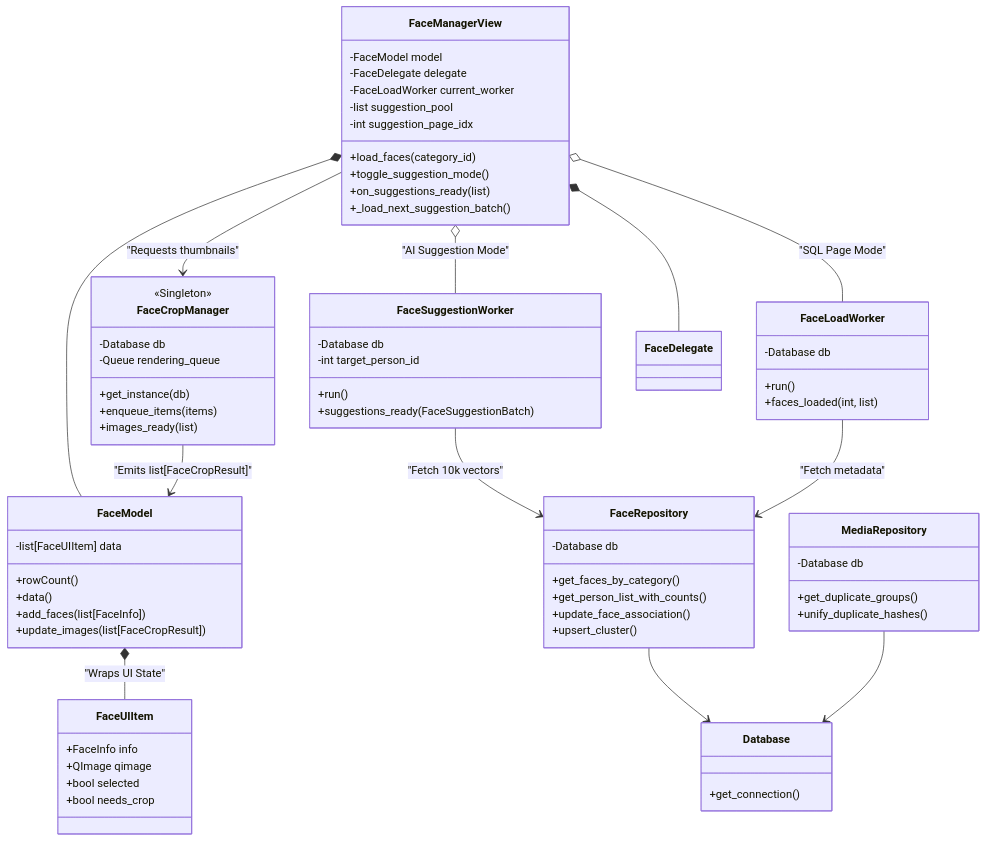
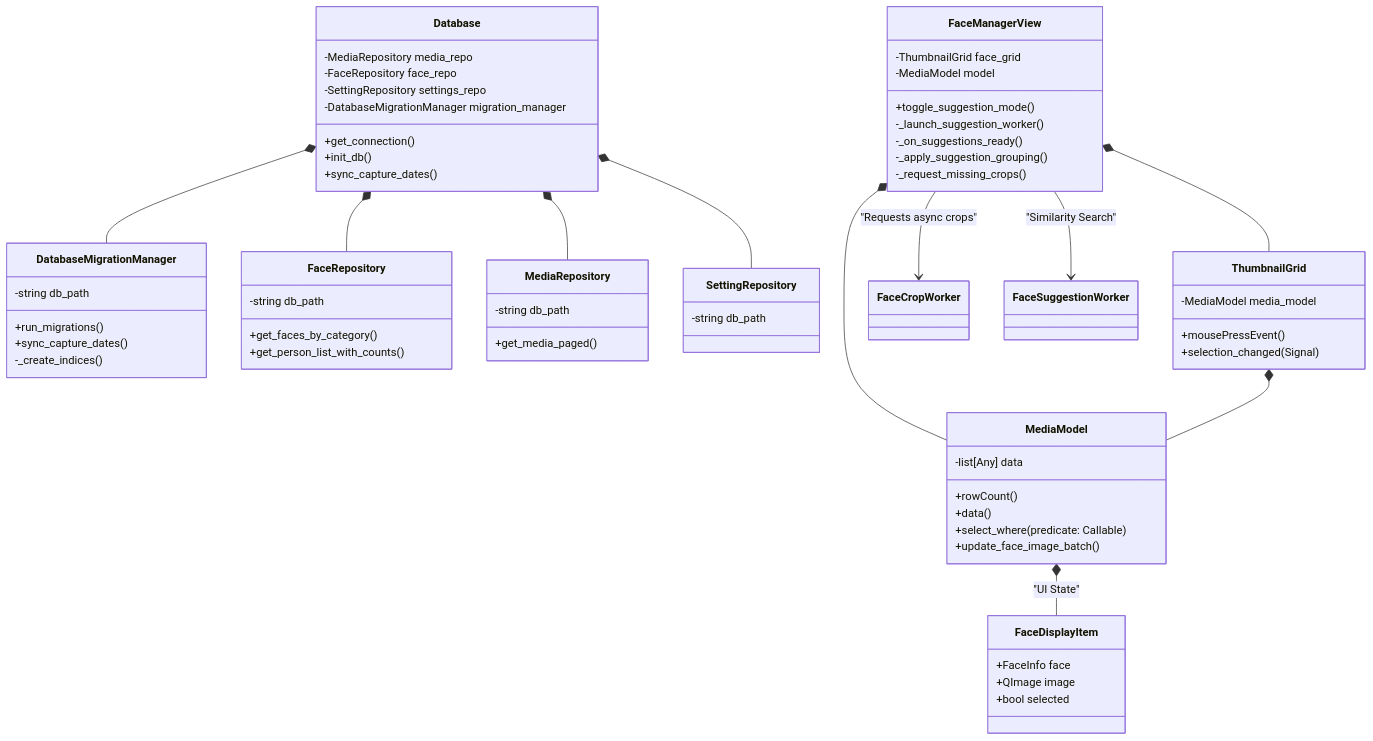
The diagram in docs/design/class_diagram.md (osakabe/PhotoArrange), drawn with Mermaid before and after one commit. The commit also changed other lines of this file and 118 other files, not shown here.

Commit message:
Architectural refactoring, repository pattern implementation, and performance optimization (v4.5)

````diff
--- a/docs/design/class_diagram.md
+++ b/docs/design/class_diagram.md
@@ -3,81 +3,76 @@
 ```mermaid
 classDiagram
     class Database {
+        -MediaRepository media_repo
+        -FaceRepository face_repo
+        -SettingRepository settings_repo
+        -DatabaseMigrationManager migration_manager
         +get_connection()
+        +init_db()
+        +sync_capture_dates()
+    }
+
+    class DatabaseMigrationManager {
+        -string db_path
+        +run_migrations()
+        +sync_capture_dates()
+        -_create_indices()
     }
     
     class FaceRepository {
-        -Database db
+        -string db_path
         +get_faces_by_category()
         +get_person_list_with_counts()
-        +update_face_association()
-        +upsert_cluster()
     }
 
     class MediaRepository {
-        -Database db
-        +get_duplicate_groups()
-        +unify_duplicate_hashes()
+        -string db_path
+        +get_media_paged()
+    }
+
+    class SettingRepository {
+        -string db_path
     }
     
-    class FaceUIItem {
-        +FaceInfo info
-        +QImage qimage
+    class FaceDisplayItem {
+        +FaceInfo face
+        +QImage image
         +bool selected
-        +bool needs_crop
+    }
+
+    class MediaModel {
+        -list[Any] data
+        +rowCount()
+        +data()
+        +select_where(predicate: Callable)
+        +update_face_image_batch()
     }
 
     class FaceManagerView {
-        -FaceModel model
-        -FaceDelegate delegate
-        -FaceLoadWorker current_worker
-        -list suggestion_pool
-        -int suggestion_page_idx
-        +load_faces(category_id)
+        -ThumbnailGrid face_grid
+        -MediaModel model
         +toggle_suggestion_mode()
-        +on_suggestions_ready(list)
-        +_load_next_suggestion_batch()
+        -_launch_suggestion_worker()
+        -_on_suggestions_ready()
+        -_apply_suggestion_grouping()
+        -_request_missing_crops()
     }
 
-    class FaceCropManager <<Singleton>> {
-        -Database db
-        -Queue rendering_queue
-        +get_instance(db)
-        +enqueue_items(items)
-        +images_ready(list)
+    class ThumbnailGrid {
+        -MediaModel media_model
+        +mousePressEvent()
+        +selection_changed(Signal)
     }
 
-    class FaceModel {
-        -list[FaceUIItem] data
-        +rowCount()
-        +data()
-        +add_faces(list[FaceInfo])
-        +update_images(list[FaceCropResult])
-    }
-
-    class FaceSuggestionWorker {
-        -Database db
-        -int target_person_id
-        +run()
-        +suggestions_ready(FaceSuggestionBatch)
-    }
-
-    class FaceLoadWorker {
-        -Database db
-        +run()
-        +faces_loaded(int, list)
-    }
-
-    FaceManagerView *-- FaceModel
-    FaceManagerView *-- FaceDelegate
-    FaceManagerView o-- FaceLoadWorker : "SQL Page Mode"
-    FaceManagerView o-- FaceSuggestionWorker : "AI Suggestion Mode"
-    FaceManagerView --> FaceCropManager : "Requests thumbnails"
+    FaceManagerView *-- MediaModel
+    FaceManagerView *-- ThumbnailGrid
+    ThumbnailGrid *-- MediaModel
+    Database *-- DatabaseMigrationManager
+    Database *-- MediaRepository
+    Database *-- FaceRepository
+    Database *-- SettingRepository
     
-    FaceModel *-- FaceUIItem : "Wraps UI State"
-    FaceCropManager --> FaceModel : "Emits list[FaceCropResult]"
-    FaceSuggestionWorker --> FaceRepository : "Fetch 10k vectors"
-    FaceLoadWorker --> FaceRepository : "Fetch metadata"
-    FaceRepository --> Database
-    MediaRepository --> Database
+    MediaModel *-- FaceDisplayItem : "UI State"
+    FaceManagerView --> FaceCropWorker : "Requests async crops"
+    FaceManagerView --> FaceSuggestionWorker : "Similarity Search"
 ```
````
